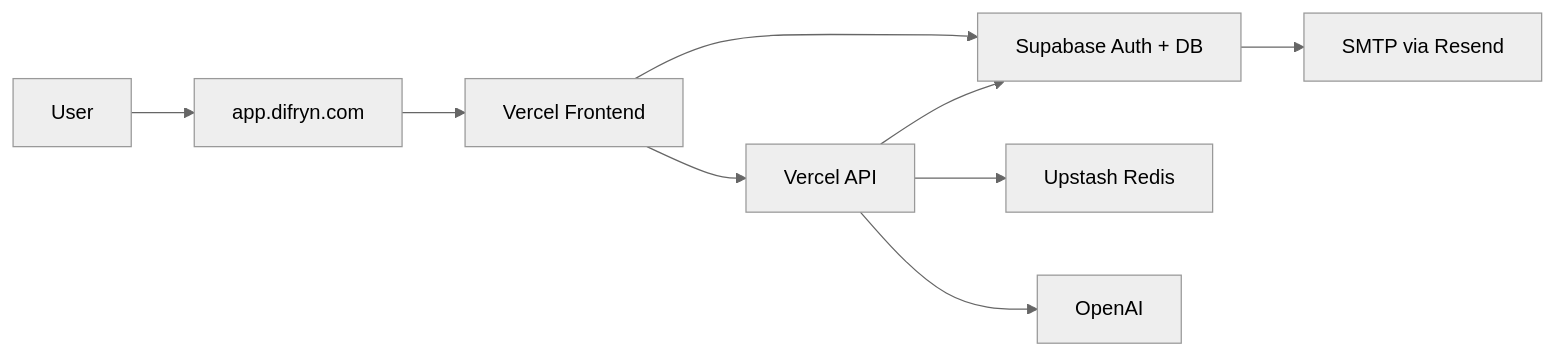
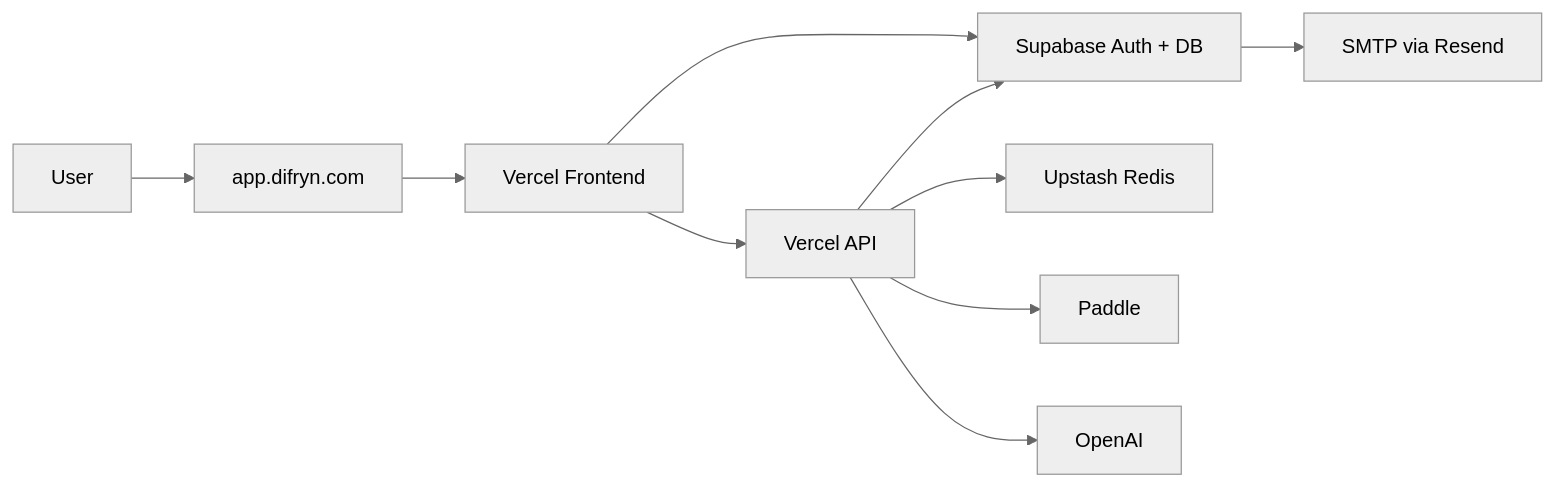
One commit to DIFRYNTECH/attune changed the second of 3 diagrams in src/docs/architecture/07-deployment-and-environments.md. Above: the diagram before and after it, drawn with Mermaid (neutral theme). The commit also changed other lines of this file and 23 other files, not shown here.

````diff
--- a/src/docs/architecture/07-deployment-and-environments.md
+++ b/src/docs/architecture/07-deployment-and-environments.md
@@ -27,11 +27,12 @@
 ```mermaid
 flowchart LR
     User[User] --> Domain[app.difryn.com]
     Domain --> VercelSPA[Vercel Frontend]
     VercelSPA --> VercelAPI[Vercel API]
     VercelSPA --> Supabase["Supabase Auth + DB"]
     VercelAPI --> Supabase
     VercelAPI --> Upstash[Upstash Redis]
+    VercelAPI --> Paddle[Paddle]
     VercelAPI --> OpenAI[OpenAI]
     Supabase --> Resend[SMTP via Resend]
 ```
````
